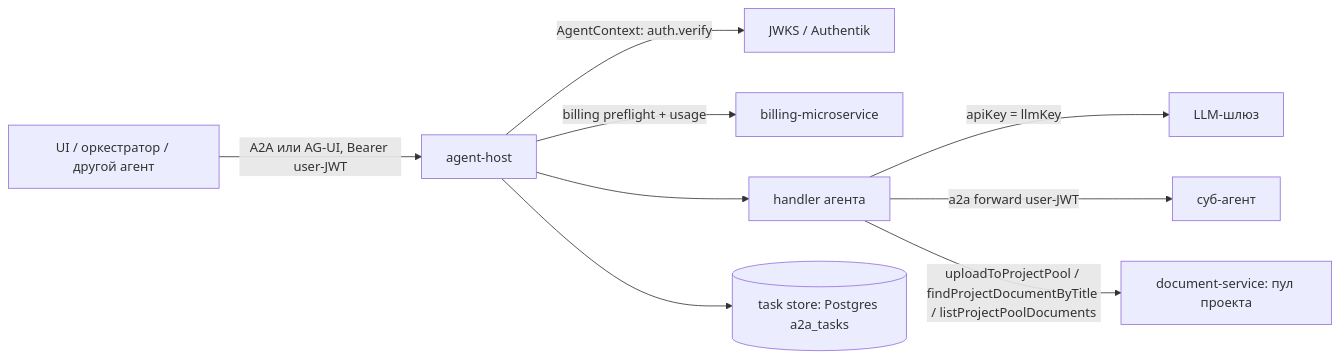
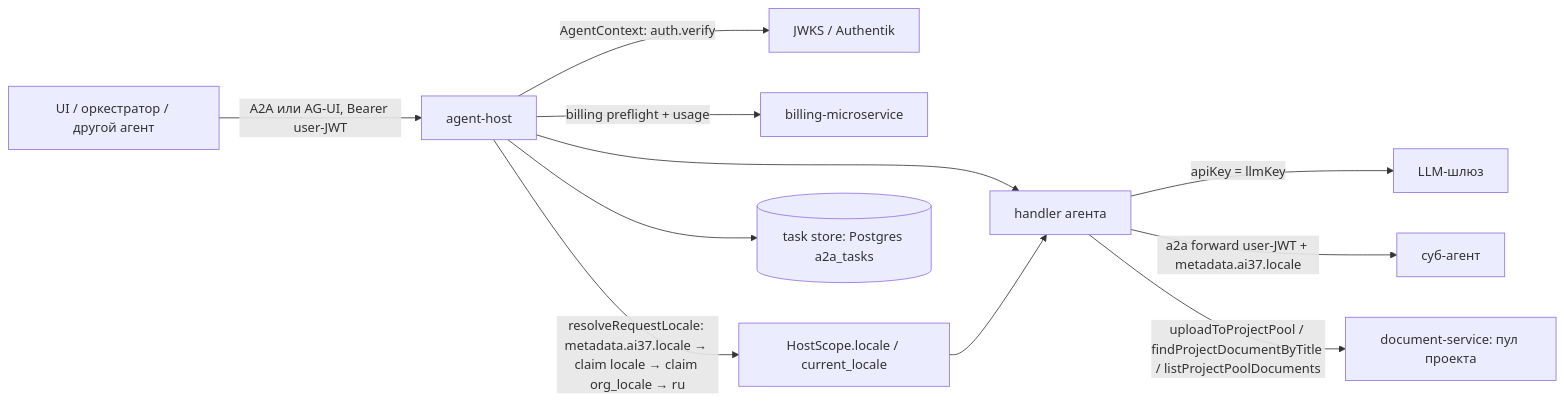
Before and after one commit to AI-37/ai37-agent-sdk: the first of 2 diagrams in README.md, drawn with Mermaid. The commit also changed other lines of this file, not shown here.

````diff
--- a/README.md
+++ b/README.md
@@ -27,11 +29,13 @@
 ```mermaid
 flowchart LR
   C[UI / оркестратор / другой агент] -->|A2A или AG-UI, Bearer user-JWT| H[agent-host]
   H -->|AgentContext: auth.verify| J[JWKS / Authentik]
   H -->|billing preflight + usage| B[billing-microservice]
+  H -->|resolveRequestLocale: metadata.ai37.locale → claim locale → claim org_locale → ru| L1[HostScope.locale / current_locale]
   H --> A[handler агента]
   A -->|apiKey = llmKey| L[LLM-шлюз]
-  A -->|a2a forward user-JWT| S[суб-агент]
+  L1 --> A
+  A -->|a2a forward user-JWT + metadata.ai37.locale| S[суб-агент]
   H --> T[(task store: Postgres a2a_tasks)]
   A -->|uploadToProjectPool / findProjectDocumentByTitle / listProjectPoolDocuments| D[document-service: пул проекта]
 ```
````
